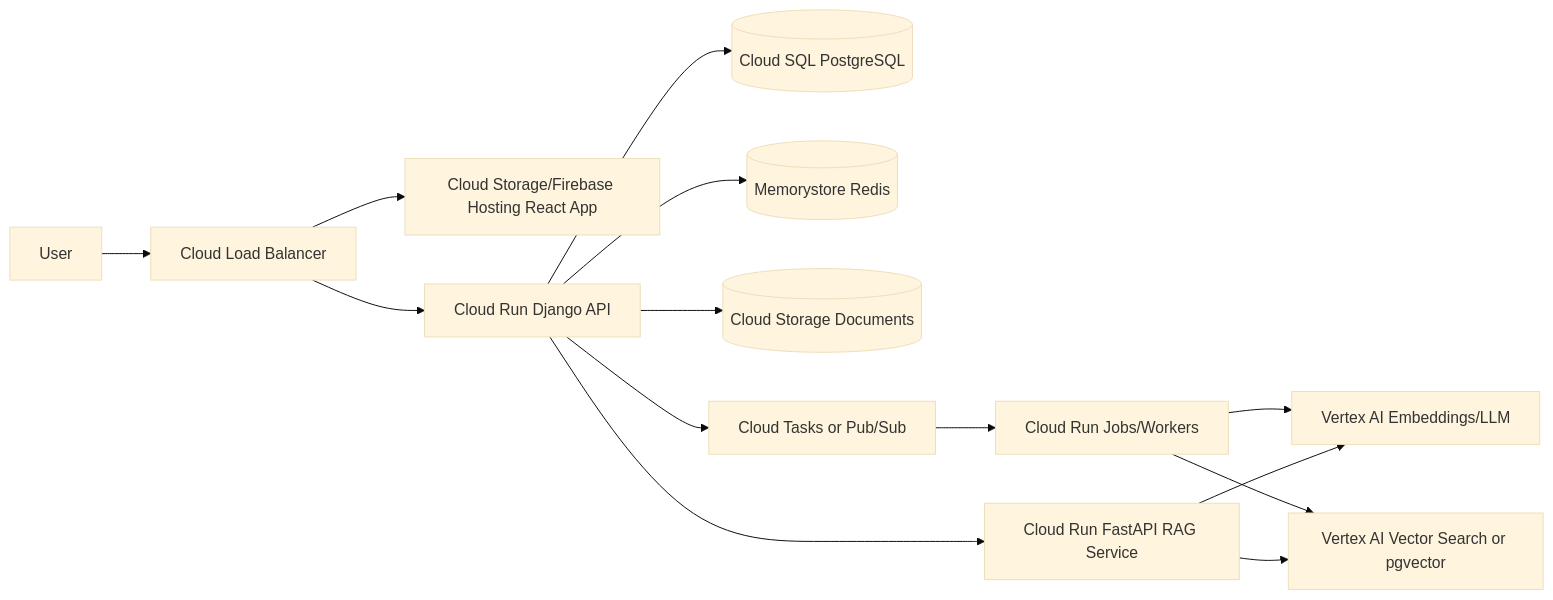
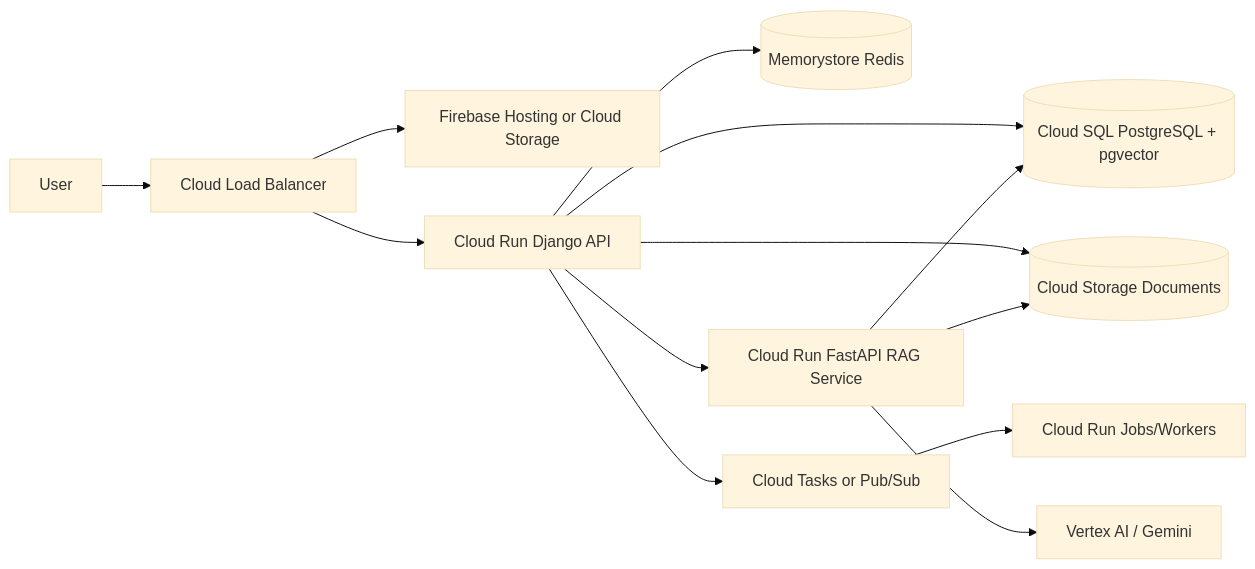
One commit to Anos714/Assignment changed the seventh of 7 diagrams in docs/ARCHITECTURE.md. Above: the diagram before and after it, drawn with Mermaid (base theme). The commit also changed other lines of this file and 3 other files, not shown here.

Commit message:
feat: enhance DocuMind AI documentation and architecture to reflect updated deployment stack and ingestion process

````diff
--- a/docs/ARCHITECTURE.md
+++ b/docs/ARCHITECTURE.md
@@ -282,16 +341,15 @@
 ```mermaid
 flowchart LR
     User --> LB[Cloud Load Balancer]
-    LB --> FE[Cloud Storage/Firebase Hosting React App]
+    LB --> FE[Firebase Hosting or Cloud Storage]
     LB --> API[Cloud Run Django API]
-    API --> SQL[(Cloud SQL PostgreSQL)]
+    API --> SQL[(Cloud SQL PostgreSQL + pgvector)]
     API --> Cache[(Memorystore Redis)]
     API --> GCS[(Cloud Storage Documents)]
     API --> Tasks[Cloud Tasks or Pub/Sub]
     Tasks --> Worker[Cloud Run Jobs/Workers]
-    Worker --> Vertex[Vertex AI Embeddings/LLM]
-    Worker --> VSearch[Vertex AI Vector Search or pgvector]
     API --> RAG[Cloud Run FastAPI RAG Service]
-    RAG --> Vertex
-    RAG --> VSearch
+    RAG --> GCS
+    RAG --> SQL
+    RAG --> Vertex[Vertex AI / Gemini]
 ```
````
